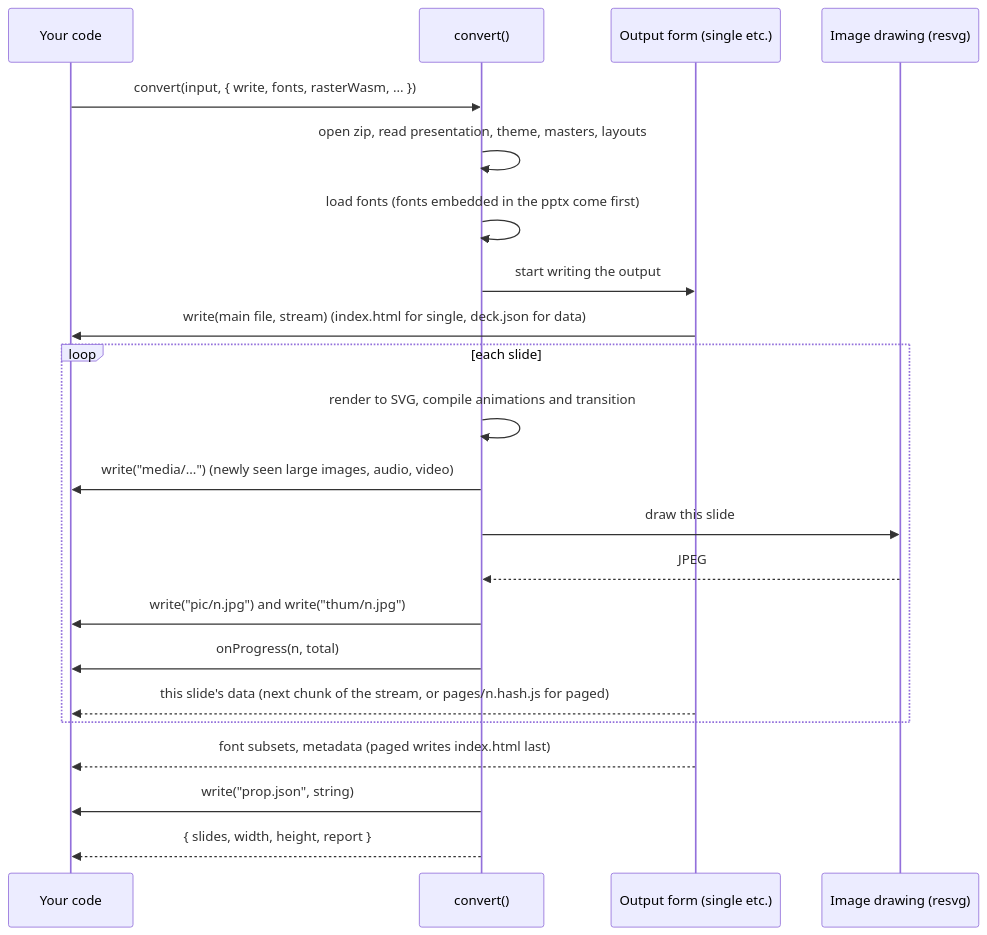
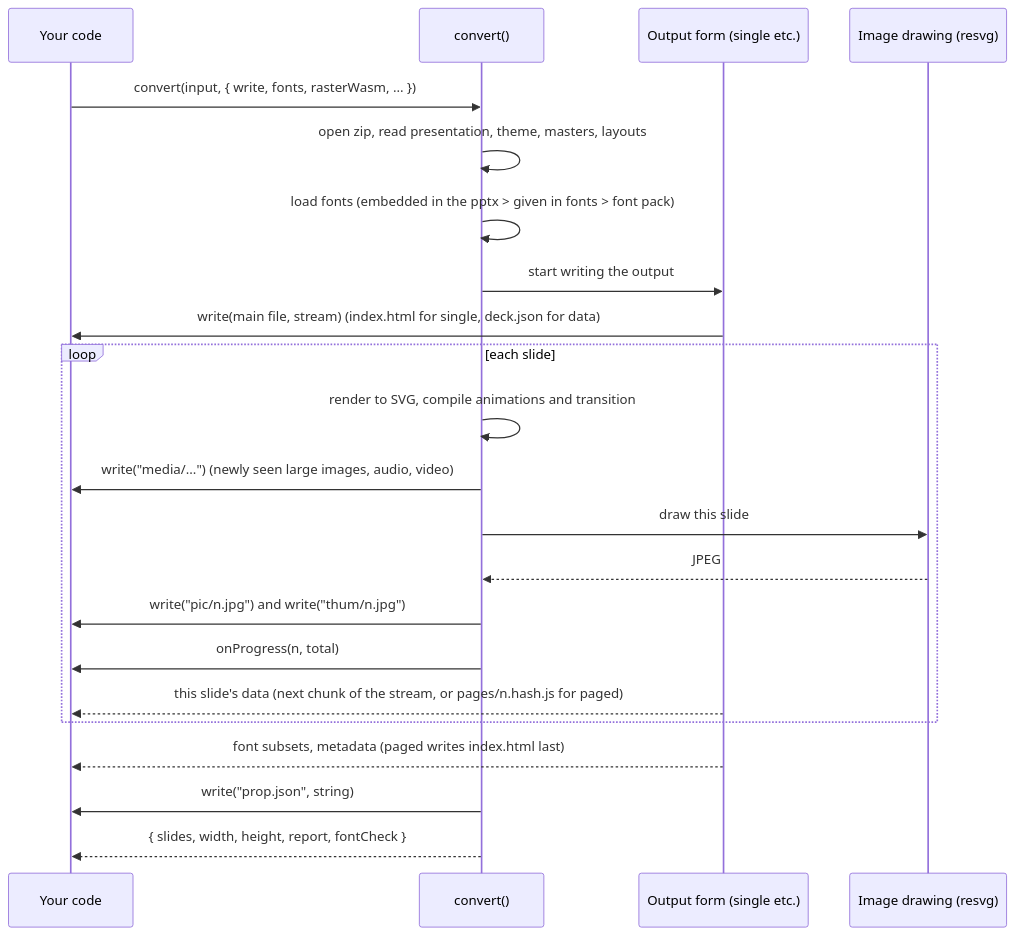
Before and after one commit to spitmaster/unppt: the third of 5 diagrams in docs/en/usage.md, drawn with Mermaid. The commit also changed other lines of this file and 15 other files, not shown here.

````diff
--- a/docs/en/usage.md
+++ b/docs/en/usage.md
@@ -267,24 +313,24 @@
 ```mermaid
 sequenceDiagram
   participant App as Your code
   participant C as convert()
   participant F as Output form (single etc.)
   participant R as Image drawing (resvg)
   App->>C: convert(input, { write, fonts, rasterWasm, ... })
   C->>C: open zip, read presentation, theme, masters, layouts
-  C->>C: load fonts (fonts embedded in the pptx come first)
+  C->>C: load fonts (embedded in the pptx > given in fonts > font pack)
   C->>F: start writing the output
   F->>App: write(main file, stream) (index.html for single, deck.json for data)
   loop each slide
     C->>C: render to SVG, compile animations and transition
     C->>App: write("media/...") (newly seen large images, audio, video)
     C->>R: draw this slide
     R-->>C: JPEG
     C->>App: write("pic/n.jpg") and write("thum/n.jpg")
     C->>App: onProgress(n, total)
     F-->>App: this slide's data (next chunk of the stream, or pages/n.hash.js for paged)
   end
   F-->>App: font subsets, metadata (paged writes index.html last)
   C->>App: write("prop.json", string)
-  C-->>App: { slides, width, height, report }
+  C-->>App: { slides, width, height, report, fontCheck }
 ```
````
